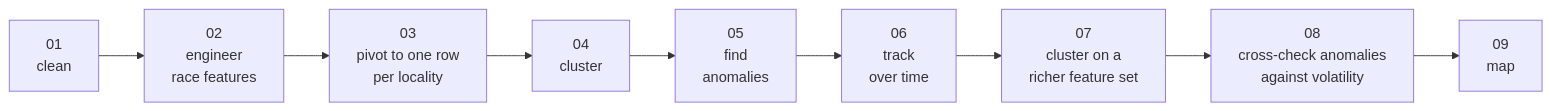
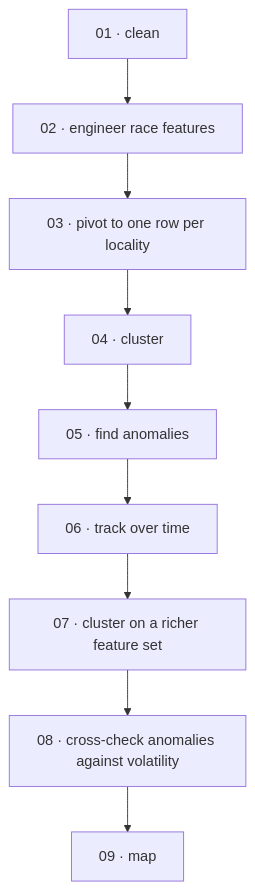
The diagram in README.md (og-cz/election-spatial-analysis), drawn with Mermaid before and after one commit. The commit also changed other lines of this file, not shown here.

Commit message:
refactored the mermaid chart

````diff
--- a/README.md
+++ b/README.md
@@ -7,11 +14,11 @@
 ```mermaid
-flowchart LR
-    A["01<br/>clean"] --> B["02<br/>engineer<br/>race features"]
-    B --> C["03<br/>pivot to one row<br/>per locality"]
-    C --> D["04<br/>cluster"]
-    D --> E["05<br/>find<br/>anomalies"]
-    E --> F["06<br/>track<br/>over time"]
-    F --> G["07<br/>cluster on a<br/>richer feature set"]
-    G --> H["08<br/>cross-check anomalies<br/>against volatility"]
-    H --> I["09<br/>map"]
+flowchart TD
+    A["01 · clean"] --> B["02 · engineer race features"]
+    B --> C["03 · pivot to one row per locality"]
+    C --> D["04 · cluster"]
+    D --> E["05 · find anomalies"]
+    E --> F["06 · track over time"]
+    F --> G["07 · cluster on a richer feature set"]
+    G --> H["08 · cross-check anomalies against volatility"]
+    H --> I["09 · map"]
 ```
````
